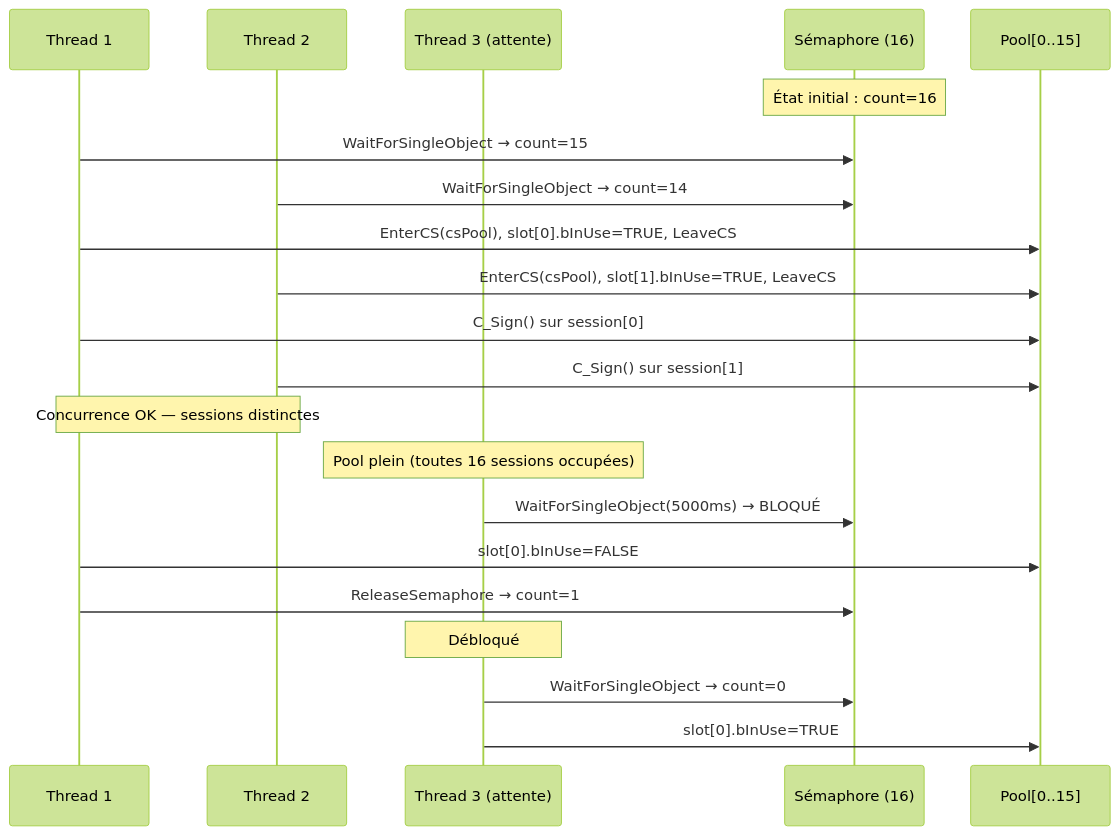
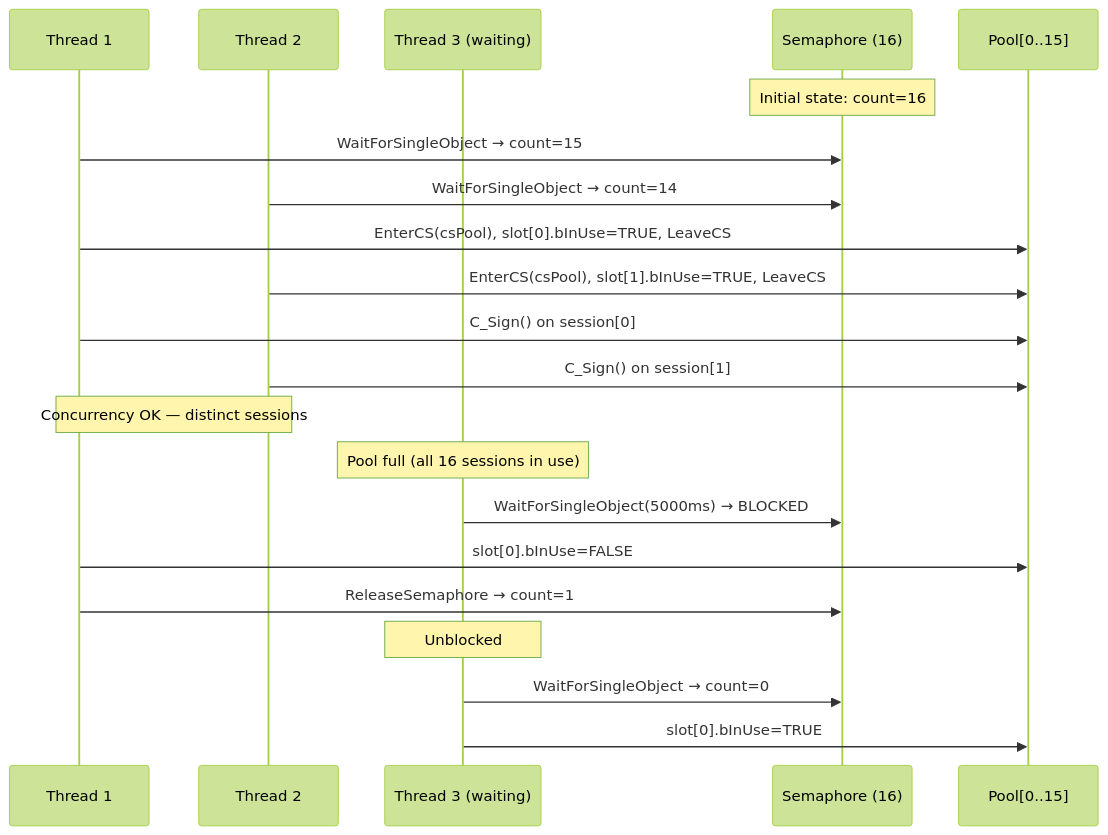
One commit to Gaillotte/Noida changed the first of 6 diagrams in softhsm_ksp/docs/07-securite-threading.md. Above: the diagram before and after it, drawn with Mermaid (forest theme). The commit also changed other lines of this file and 9 other files, not shown here.

````diff
--- a/softhsm_ksp/docs/07-securite-threading.md
+++ b/softhsm_ksp/docs/07-securite-threading.md
@@ -25,30 +25,30 @@
 ```mermaid
 sequenceDiagram
     participant T1 as Thread 1
     participant T2 as Thread 2
-    participant T3 as Thread 3 (attente)
-    participant Sem as Sémaphore (16)
+    participant T3 as Thread 3 (waiting)
+    participant Sem as Semaphore (16)
     participant Pool as Pool[0..15]
 
-    note over Sem: État initial : count=16
+    note over Sem: Initial state: count=16
 
     T1->>Sem: WaitForSingleObject → count=15
     T2->>Sem: WaitForSingleObject → count=14
 
     T1->>Pool: EnterCS(csPool), slot[0].bInUse=TRUE, LeaveCS
     T2->>Pool: EnterCS(csPool), slot[1].bInUse=TRUE, LeaveCS
 
-    T1->>Pool: C_Sign() sur session[0]
-    T2->>Pool: C_Sign() sur session[1]
-    note over T1,T2: Concurrence OK — sessions distinctes
+    T1->>Pool: C_Sign() on session[0]
+    T2->>Pool: C_Sign() on session[1]
+    note over T1,T2: Concurrency OK — distinct sessions
 
-    note over T3: Pool plein (toutes 16 sessions occupées)
-    T3->>Sem: WaitForSingleObject(5000ms) → BLOQUÉ
+    note over T3: Pool full (all 16 sessions in use)
+    T3->>Sem: WaitForSingleObject(5000ms) → BLOCKED
 
     T1->>Pool: slot[0].bInUse=FALSE
     T1->>Sem: ReleaseSemaphore → count=1
 
-    note over T3: Débloqué
+    note over T3: Unblocked
     T3->>Sem: WaitForSingleObject → count=0
     T3->>Pool: slot[0].bInUse=TRUE
 ```
````
